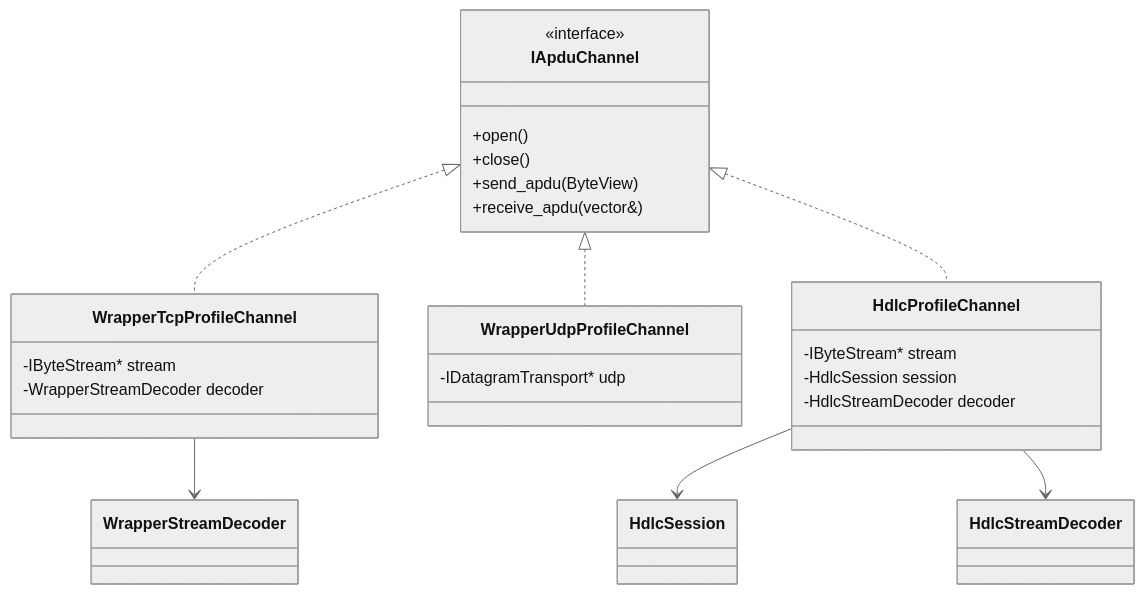
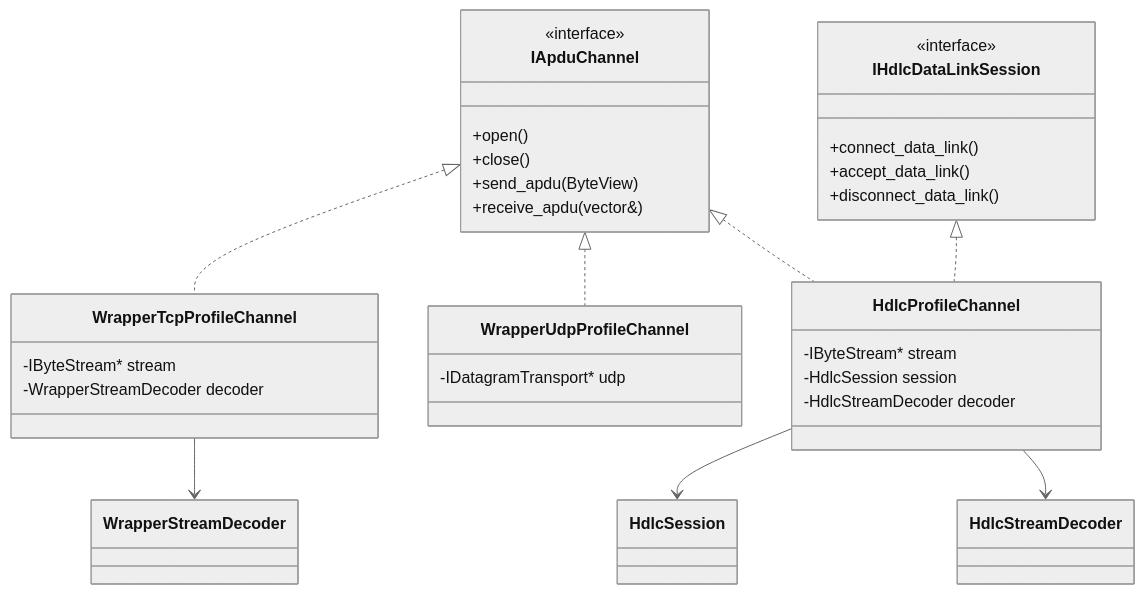
Before and after one commit to gvtret/dlms: the fifth of 12 diagrams in docs/system_architecture.md, drawn with Mermaid (neutral theme). The commit also changed other lines of this file, not shown here.

````diff
--- a/docs/system_architecture.md
+++ b/docs/system_architecture.md
@@ -418,33 +418,41 @@
 ```mermaid
 classDiagram
   class IApduChannel {
     <<interface>>
     +open()
     +close()
     +send_apdu(ByteView)
     +receive_apdu(vector<uint8_t>&)
+  }
+
+  class IHdlcDataLinkSession {
+    <<interface>>
+    +connect_data_link()
+    +accept_data_link()
+    +disconnect_data_link()
   }
 
   class WrapperTcpProfileChannel {
     -IByteStream* stream
     -WrapperStreamDecoder decoder
   }
 
   class WrapperUdpProfileChannel {
     -IDatagramTransport* udp
   }
 
   class HdlcProfileChannel {
     -IByteStream* stream
     -HdlcSession session
     -HdlcStreamDecoder decoder
   }
 
   IApduChannel <|.. WrapperTcpProfileChannel
   IApduChannel <|.. WrapperUdpProfileChannel
   IApduChannel <|.. HdlcProfileChannel
+  IHdlcDataLinkSession <|.. HdlcProfileChannel
 
   WrapperTcpProfileChannel --> WrapperStreamDecoder
   HdlcProfileChannel --> HdlcSession
   HdlcProfileChannel --> HdlcStreamDecoder
 ```
````
